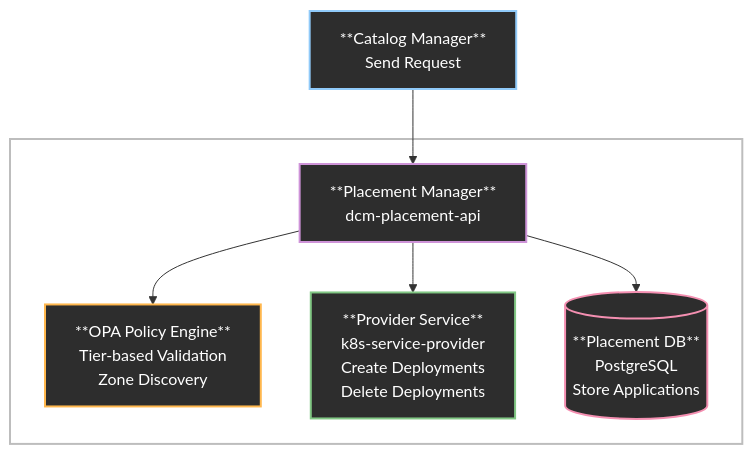
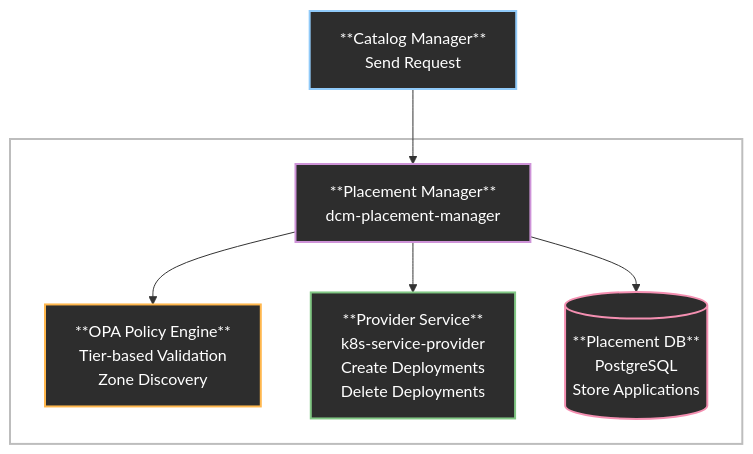
Before and after one commit to dcm-project/enhancements: the first of 2 diagrams in enhancements/placement-manager/placement-manager.md, drawn with Mermaid. The commit also changed other lines of this file, not shown here.

Commit message:
fix(enhancements placement-manager docs): According to comments in the PR, Changed from Placemnet api -> to Placemnet Manager

````diff
--- a/enhancements/placement-manager/placement-manager.md
+++ b/enhancements/placement-manager/placement-manager.md
@@ -52,29 +52,29 @@
 ```mermaid
 %%{init: {'flowchart': {'rankSpacing': 100, 'nodeSpacing': 10, 'curve': 'linear'},}}%%
 flowchart TD
-    classDef placementApi fill:#2d2d2d,color:#ffffff,stroke:#ce93d8,stroke-width:2px
+    classDef placementManager fill:#2d2d2d,color:#ffffff,stroke:#ce93d8,stroke-width:2px
     classDef opaEngine fill:#2d2d2d,color:#ffffff,stroke:#ffb74d,stroke-width:2px
     classDef providerService fill:#2d2d2d,color:#ffffff,stroke:#81c784,stroke-width:2px
     classDef database fill:#2d2d2d,color:#ffffff,stroke:#f48fb1,stroke-width:2px
     classDef dcmCore fill:#FFFFFF,stroke:#bdbdbd,stroke-width:2px
     classDef client fill:#2d2d2d,color:#ffffff,stroke:#90caf9,stroke-width:2px
 
     CLIENT["**Catalog Manager**<br/>Send Request"]:::client
 
     subgraph DCM_Core [ ]
-        PA["**Placement Manager**<br/>dcm-placement-api<br/>"]:::placementApi
+        PA["**Placement Manager**<br/>dcm-placement-manager<br/>"]:::placementManager
 
         OPA["**OPA Policy Engine**<br/>Tier-based Validation<br/>Zone Discovery<br/>"]:::opaEngine
 
         PS["**Provider Service**<br/>k8s-service-provider<br/>Create Deployments<br/>Delete Deployments"]:::providerService
 
         PA_DB[("**Placement DB**<br/>PostgreSQL<br/>Store Applications")]:::database
     end
 
     CLIENT --> PA
     PA --> OPA
     PA --> PA_DB
     PA --> PS
 
     class DCM_Core dcmCore
 ```
````
